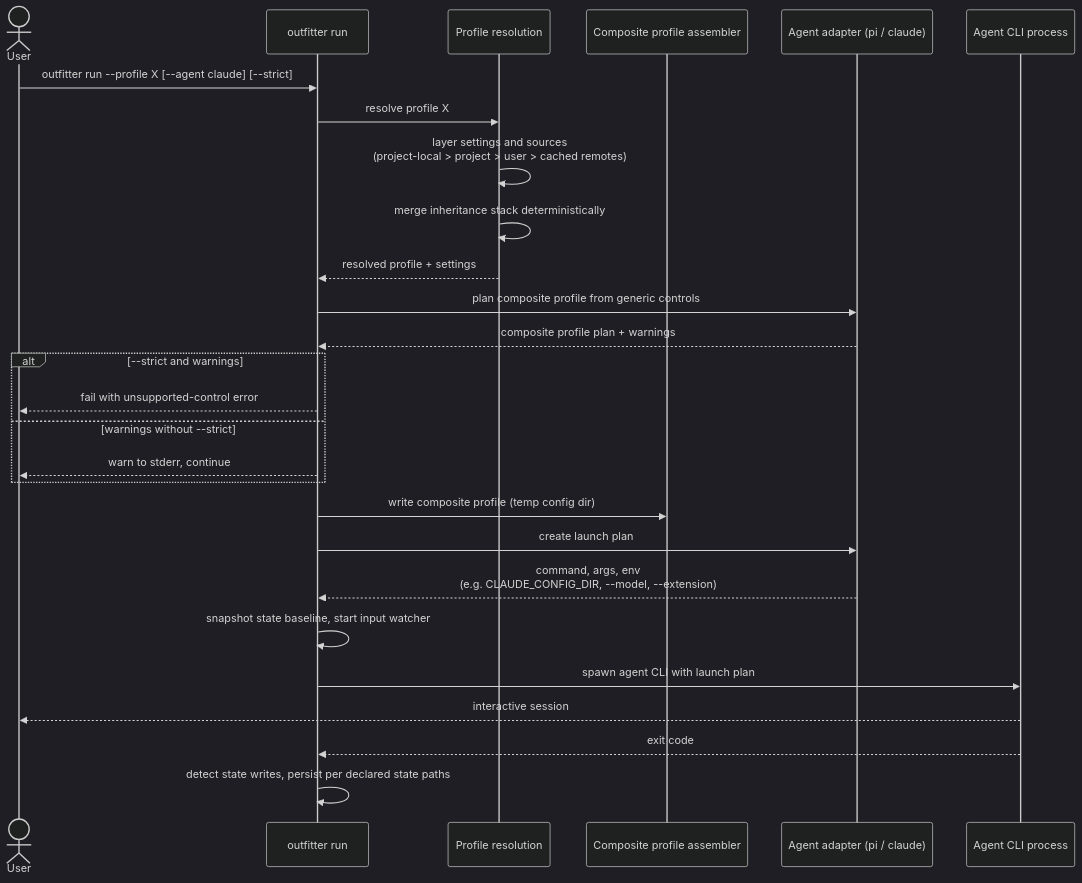
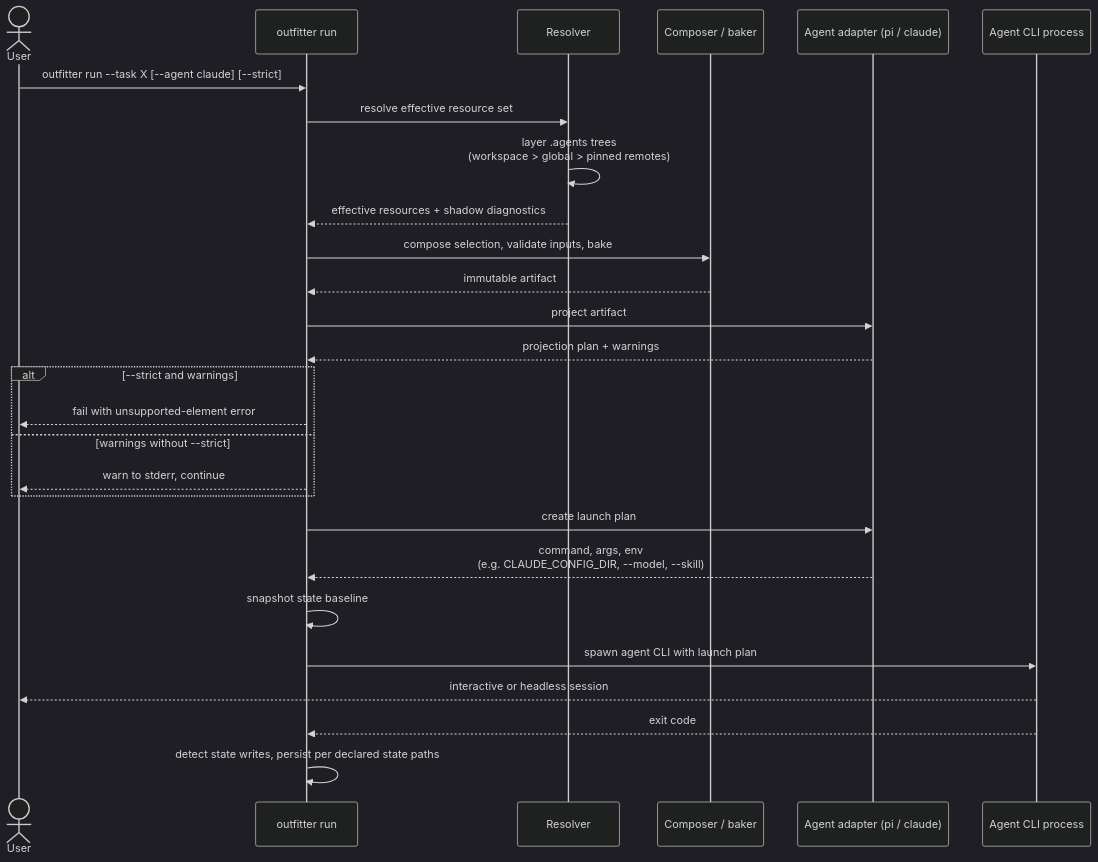
Before and after one commit to ai-outfitter/outfitter: the second of 3 diagrams in docs/architecture/diagrams.md, drawn with Mermaid (dark theme). The commit also changed other lines of this file and 8 other files, not shown here.

First line of the commit message:
docs(architecture): rewrite architecture docs for the dotagents end state

````diff
--- a/docs/architecture/diagrams.md
+++ b/docs/architecture/diagrams.md
@@ -45,30 +45,30 @@
 ```mermaid
 sequenceDiagram
   actor User
   participant CLI as outfitter run
-  participant Loader as Profile resolution
-  participant Assembler as Composite profile assembler
+  participant Resolver as Resolver
+  participant Baker as Composer / baker
   participant Adapter as Agent adapter (pi / claude)
   participant Agent as Agent CLI process
 
-  User->>CLI: outfitter run --profile X [--agent claude] [--strict]
-  CLI->>Loader: resolve profile X
-  Loader->>Loader: layer settings and sources<br>(project-local > project > user > cached remotes)
-  Loader->>Loader: merge inheritance stack deterministically
-  Loader-->>CLI: resolved profile + settings
-  CLI->>Adapter: plan composite profile from generic controls
-  Adapter-->>CLI: composite profile plan + warnings
+  User->>CLI: outfitter run --task X [--agent claude] [--strict]
+  CLI->>Resolver: resolve effective resource set
+  Resolver->>Resolver: layer .agents trees<br>(workspace > global > pinned remotes)
+  Resolver-->>CLI: effective resources + shadow diagnostics
+  CLI->>Baker: compose selection, validate inputs, bake
+  Baker-->>CLI: immutable artifact
+  CLI->>Adapter: project artifact
+  Adapter-->>CLI: projection plan + warnings
   alt --strict and warnings
-    CLI-->>User: fail with unsupported-control error
+    CLI-->>User: fail with unsupported-element error
   else warnings without --strict
     CLI-->>User: warn to stderr, continue
   end
-  CLI->>Assembler: write composite profile (temp config dir)
   CLI->>Adapter: create launch plan
-  Adapter-->>CLI: command, args, env<br>(e.g. CLAUDE_CONFIG_DIR, --model, --extension)
-  CLI->>CLI: snapshot state baseline, start input watcher
+  Adapter-->>CLI: command, args, env<br>(e.g. CLAUDE_CONFIG_DIR, --model, --skill)
+  CLI->>CLI: snapshot state baseline
   CLI->>Agent: spawn agent CLI with launch plan
-  Agent-->>User: interactive session
+  Agent-->>User: interactive or headless session
   Agent-->>CLI: exit code
   CLI->>CLI: detect state writes, persist per declared state paths
 ```
````
